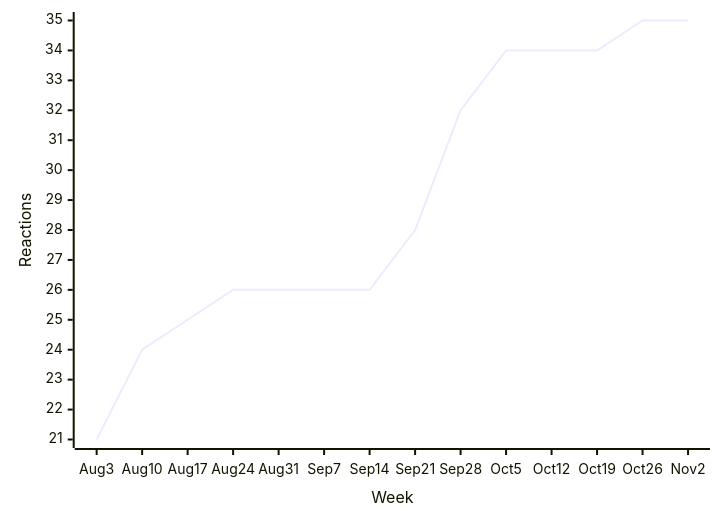
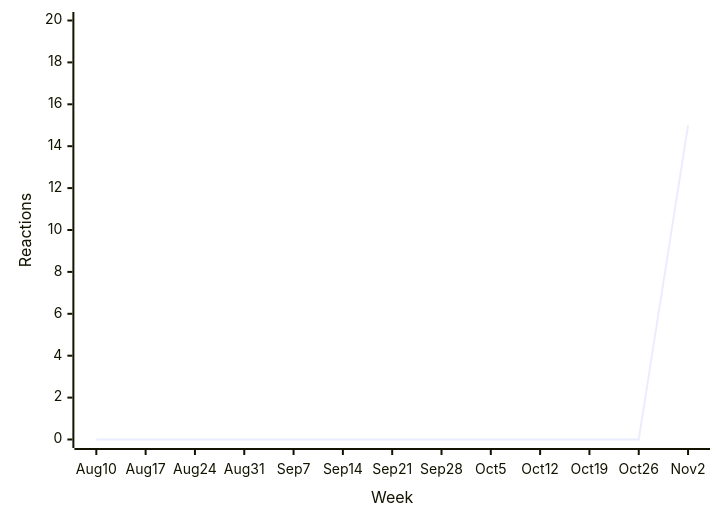
The tenth of 40 diagrams in README.md (loic-sharma/github-insights), drawn with Mermaid before and after one commit. The commit also changed other lines of this file and 3 other files, not shown here.

````diff
--- a/README.md
+++ b/README.md
@@ -477,6 +477,6 @@
   ```mermaid
   xychart-beta
-    x-axis "Week" [Aug 3, Aug 10, Aug 17, Aug 24, Aug 31, Sep 7, Sep 14, Sep 21, Sep 28, Oct 5, Oct 12, Oct 19, Oct 26, Nov 2]
-    y-axis "Reactions"
-    line [21, 24, 25, 26, 26, 26, 26, 28, 32, 34, 34, 34, 35, 35]
+    x-axis "Week" [Aug 10, Aug 17, Aug 24, Aug 31, Sep 7, Sep 14, Sep 21, Sep 28, Oct 5, Oct 12, Oct 19, Oct 26, Nov 2]
+    y-axis "Reactions" 0 --> 20
+    line [0, 0, 0, 0, 0, 0, 0, 0, 0, 0, 0, 0, 15]
   ```
````
